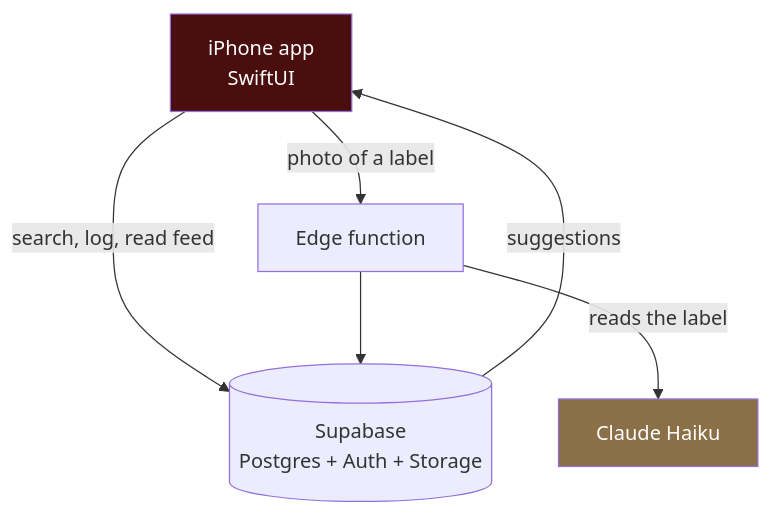
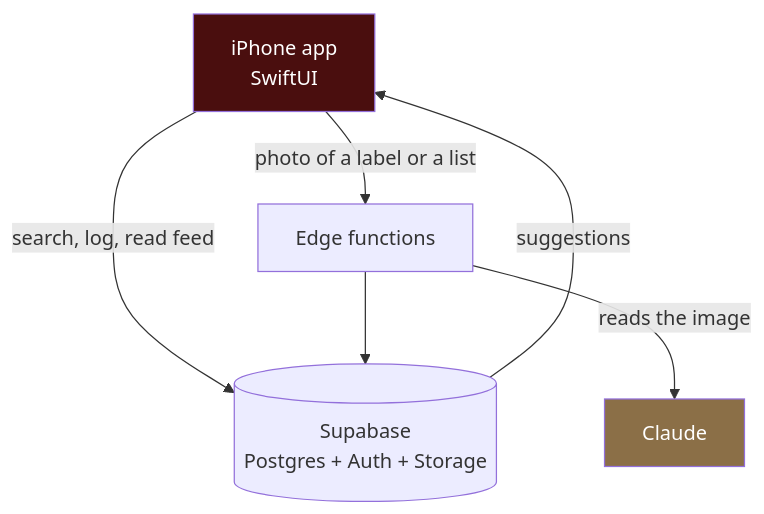
The first of 2 diagrams in README.md (baypeanut/Vitis), drawn with Mermaid before and after one commit. The commit also changed other lines of this file and 1 other file, not shown here.

````diff
--- a/README.md
+++ b/README.md
@@ -25,11 +27,11 @@
 ```mermaid
 flowchart TD
     A[iPhone app<br/>SwiftUI] -->|search, log, read feed| B[(Supabase<br/>Postgres + Auth + Storage)]
-    A -->|photo of a label| C[Edge function]
-    C -->|reads the label| D[Claude Haiku]
+    A -->|photo of a label or a list| C[Edge functions]
+    C -->|reads the image| D[Claude]
     C --> B
     B -->|suggestions| A
 
     style A fill:#4A0E0E,color:#fff
     style D fill:#8B6F47,color:#fff
 ```
````
